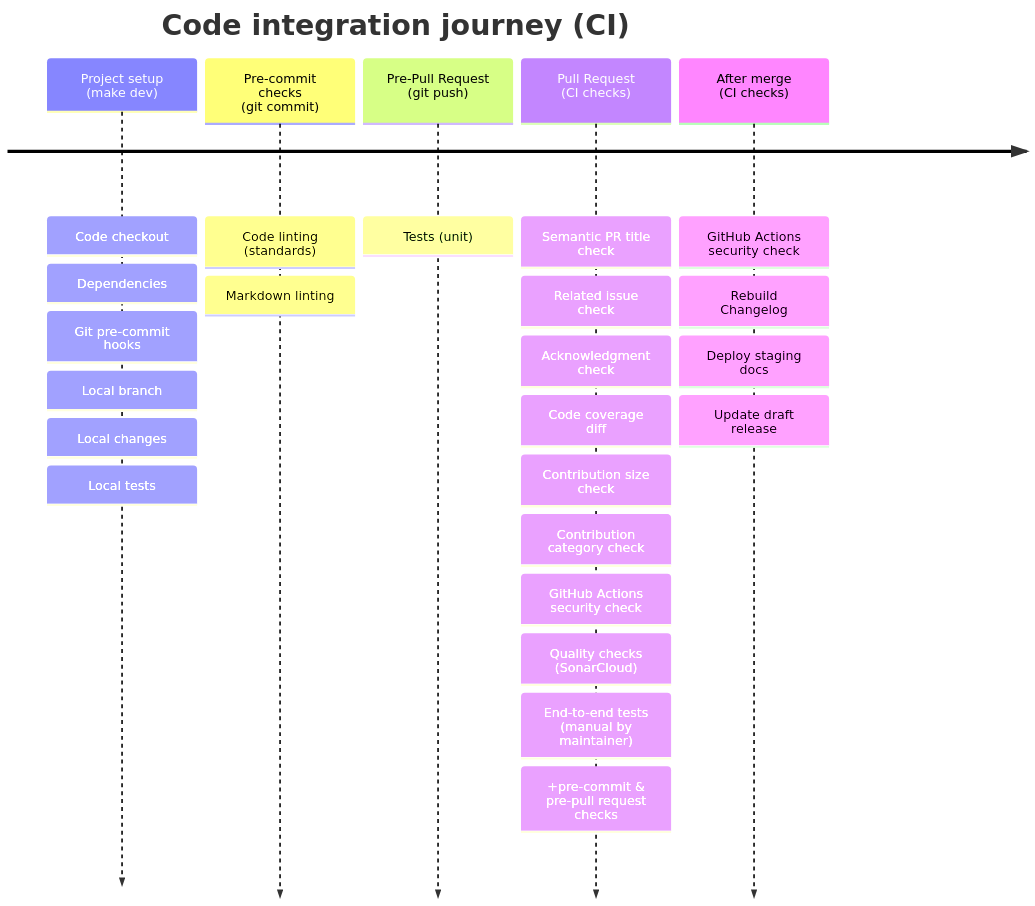
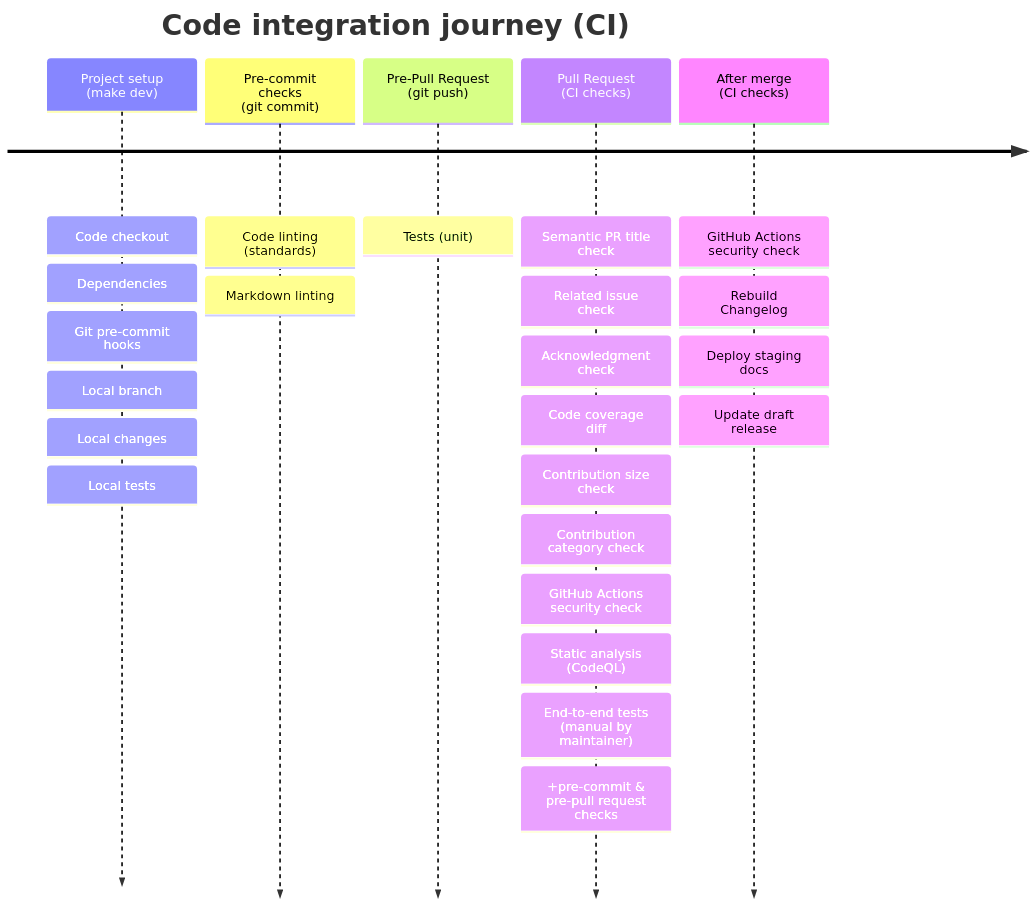
One commit to aws-powertools/powertools-lambda-typescript changed the diagram in CONTRIBUTING.md. Above: the diagram before and after it, drawn with Mermaid. The commit also changed 9 other files, not shown here.

Commit message:
chore(ci): remove SonarCloud integration (#5468)

````diff
--- a/CONTRIBUTING.md
+++ b/CONTRIBUTING.md
@@ -46,31 +46,31 @@
 ```mermaid
 timeline
     title Code integration journey (CI)
     Project setup <br> (make dev)   : Code checkout
                                     : Dependencies
                                     : Git pre-commit hooks
                                     : Local branch
                                     : Local changes
                                     : Local tests
 
     Pre-commit checks <br> (git commit)   : Code linting (standards)
                                           : Markdown linting
 
     Pre-Pull Request <br> (git push)   : Tests (unit)
 
     Pull Request <br> (CI checks)   : Semantic PR title check
                                     : Related issue check
                                     : Acknowledgment check
                                     : Code coverage diff
                                     : Contribution size check
                                     : Contribution category check
                                     : GitHub Actions security check
-                                    : Quality checks (SonarCloud)
+                                    : Static analysis (CodeQL)
                                     : End-to-end tests (manual by maintainer)
                                     : +pre-commit & pre-pull request checks
 
     After merge <br> (CI checks)    : GitHub Actions security check
                                     : Rebuild Changelog
                                     : Deploy staging docs
                                     : Update draft release
 ```
````
